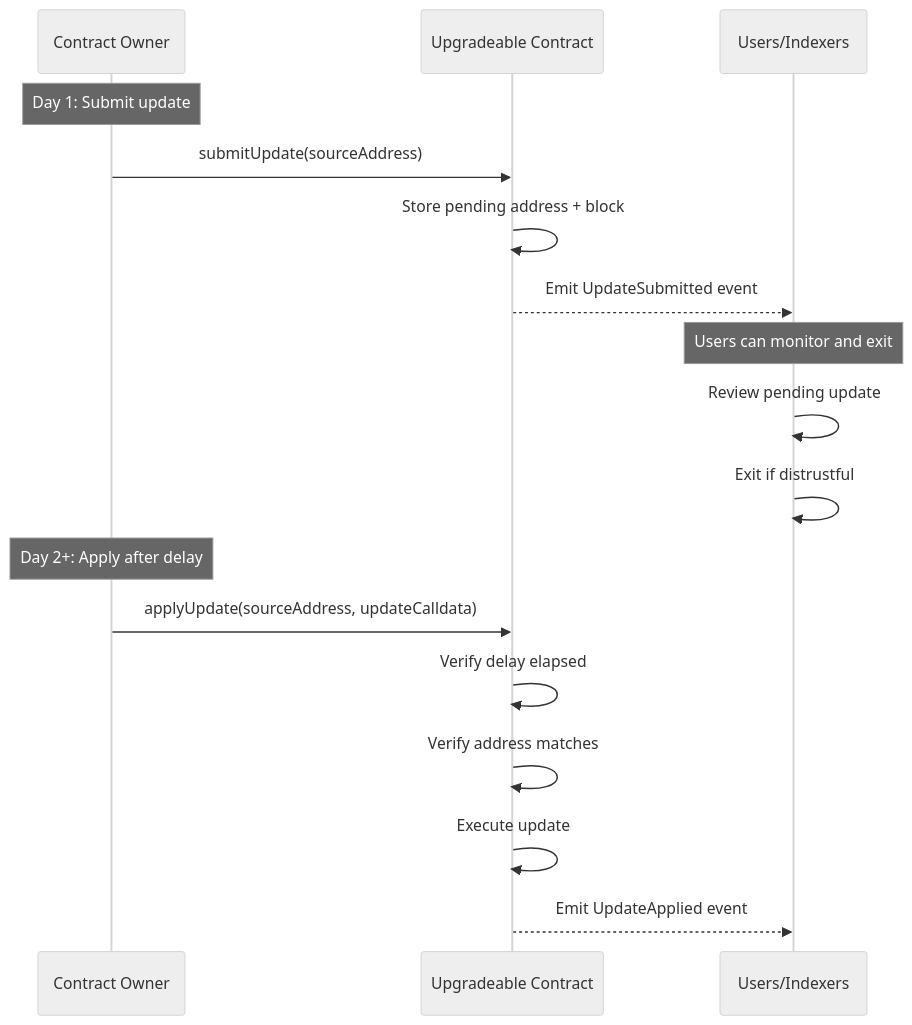
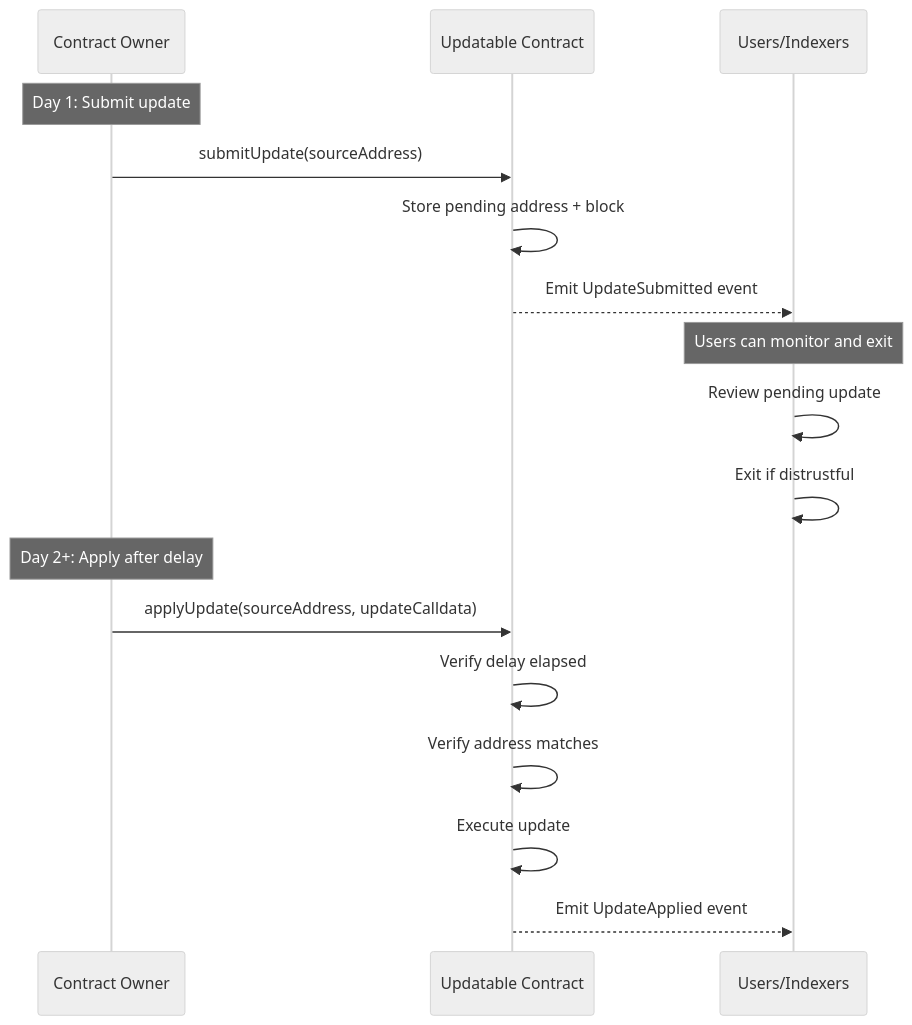
Before and after one commit to btc-vision/btc-runtime: the second of 2 diagrams in docs/advanced/contract-updates.md, drawn with Mermaid (neutral theme). The commit also changed other lines of this file and 12 other files, not shown here.

````diff
--- a/docs/advanced/contract-updates.md
+++ b/docs/advanced/contract-updates.md
@@ -121,22 +121,22 @@
 ```mermaid
 sequenceDiagram
     participant Owner as Contract Owner
-    participant Contract as Upgradeable Contract
+    participant Contract as Updatable Contract
     participant Users as Users/Indexers
 
     Note over Owner: Day 1: Submit update
     Owner->>Contract: submitUpdate(sourceAddress)
     Contract->>Contract: Store pending address + block
     Contract-->>Users: Emit UpdateSubmitted event
 
     Note over Users: Users can monitor and exit
     Users->>Users: Review pending update
     Users->>Users: Exit if distrustful
 
     Note over Owner: Day 2+: Apply after delay
     Owner->>Contract: applyUpdate(sourceAddress, updateCalldata)
     Contract->>Contract: Verify delay elapsed
     Contract->>Contract: Verify address matches
     Contract->>Contract: Execute update
     Contract-->>Users: Emit UpdateApplied event
 ```
````
